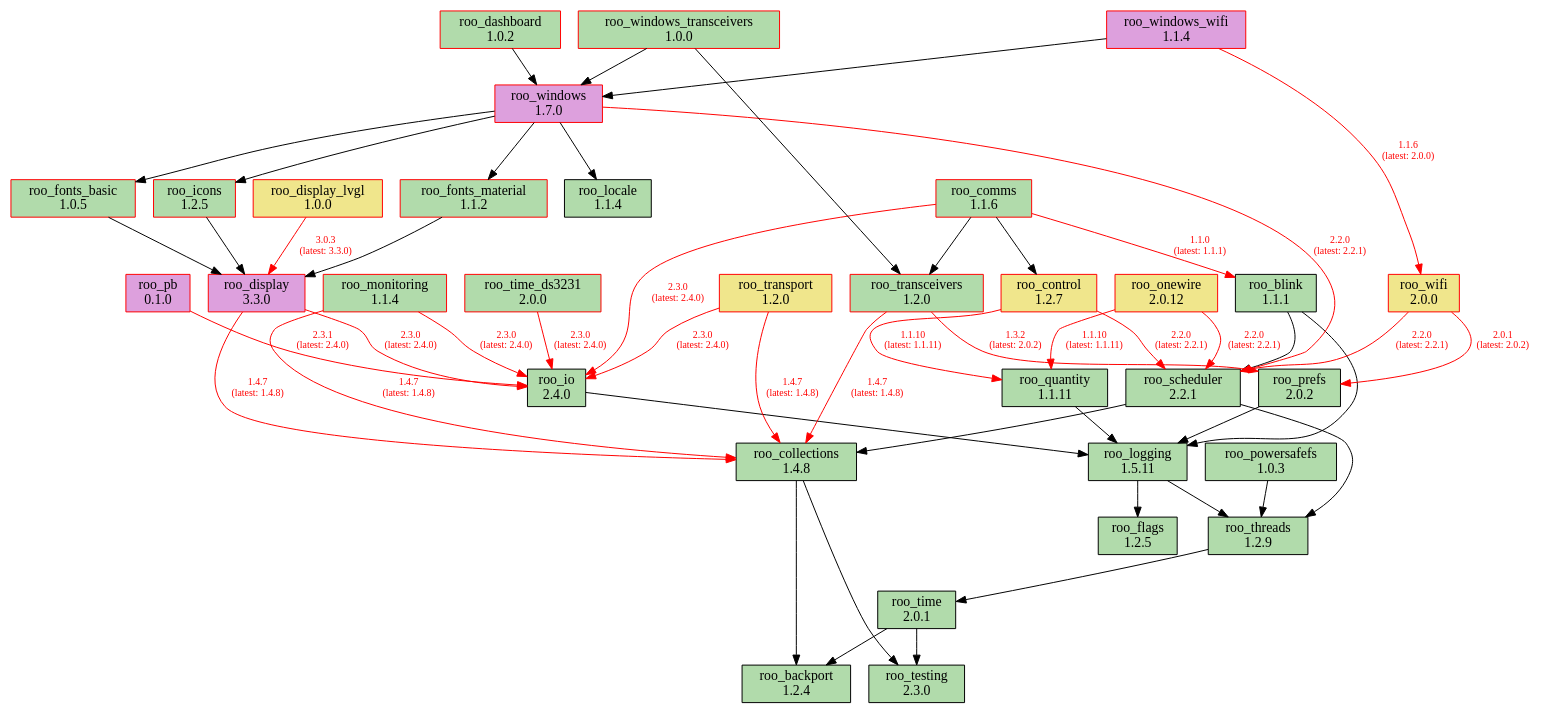
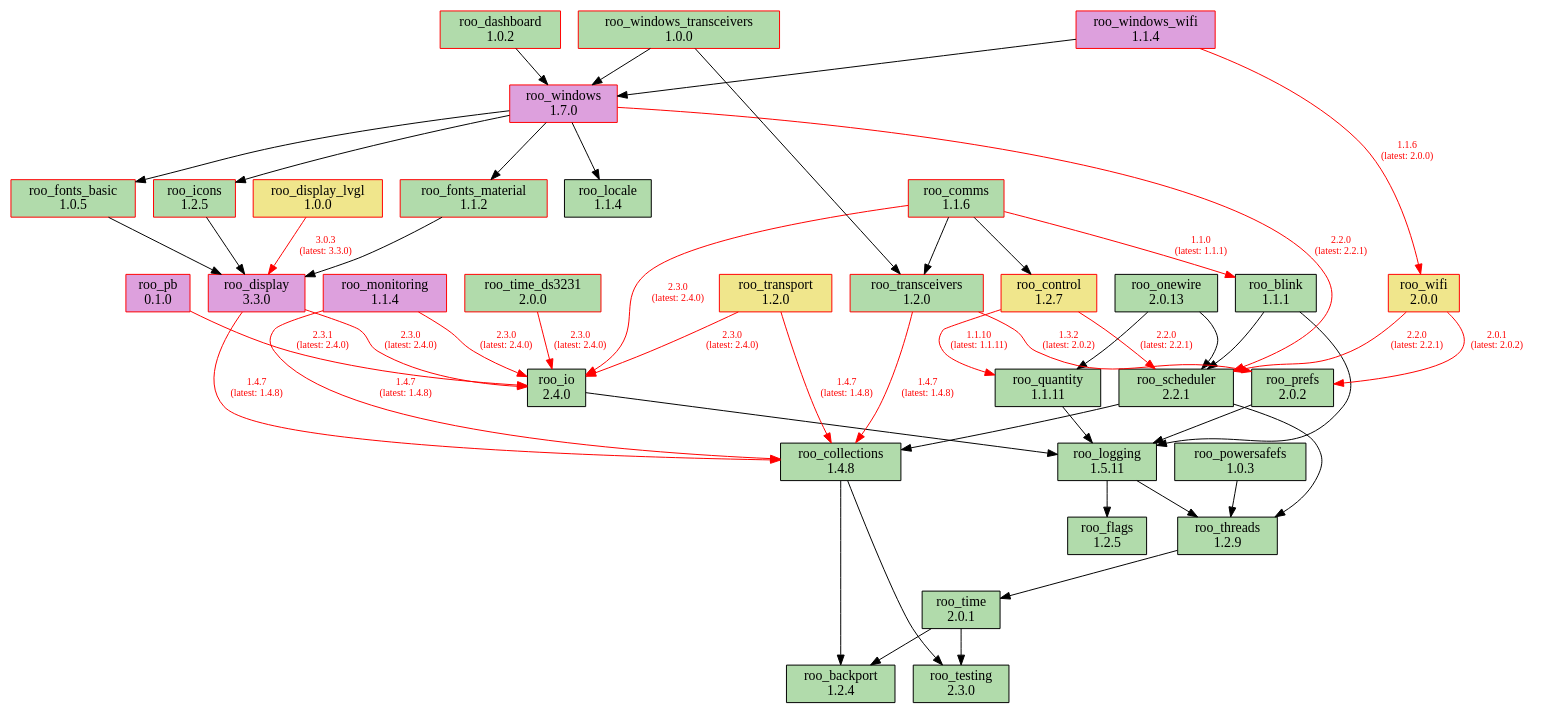
Before and after one commit to dejwk/roo-registry: the diagram in doc/dependencies.dot, drawn with Graphviz. The commit also changed 3 other files, not shown here.

Commit message:
Added roo_onewire 2.0.13 to the registry.

```diff
--- a/doc/dependencies.dot
+++ b/doc/dependencies.dot
@@ -1,90 +1,90 @@
 digraph dependencies {
     rankdir=TB;
     node [shape=box, style=filled];
     edge [fontsize=10];
 
     // Modules
     "roo_backport" [label="roo_backport\n1.2.4", fillcolor="#b1dbab", color="black"];
     "roo_blink" [label="roo_blink\n1.1.1", fillcolor="#b1dbab", color="black"];
     "roo_collections" [label="roo_collections\n1.4.8", fillcolor="#b1dbab", color="black"];
     "roo_comms" [label="roo_comms\n1.1.6", fillcolor="#b1dbab", color="red"];
     "roo_control" [label="roo_control\n1.2.7", fillcolor="khaki", color="red"];
     "roo_dashboard" [label="roo_dashboard\n1.0.2", fillcolor="#b1dbab", color="red"];
     "roo_display" [label="roo_display\n3.3.0", fillcolor="plum", color="red"];
     "roo_display_lvgl" [label="roo_display_lvgl\n1.0.0", fillcolor="khaki", color="red"];
     "roo_flags" [label="roo_flags\n1.2.5", fillcolor="#b1dbab", color="black"];
     "roo_fonts_basic" [label="roo_fonts_basic\n1.0.5", fillcolor="#b1dbab", color="red"];
     "roo_fonts_material" [label="roo_fonts_material\n1.1.2", fillcolor="#b1dbab", color="red"];
     "roo_icons" [label="roo_icons\n1.2.5", fillcolor="#b1dbab", color="red"];
     "roo_io" [label="roo_io\n2.4.0", fillcolor="#b1dbab", color="black"];
     "roo_locale" [label="roo_locale\n1.1.4", fillcolor="#b1dbab", color="black"];
     "roo_logging" [label="roo_logging\n1.5.11", fillcolor="#b1dbab", color="black"];
-    "roo_monitoring" [label="roo_monitoring\n1.1.4", fillcolor="#b1dbab", color="red"];
-    "roo_onewire" [label="roo_onewire\n2.0.12", fillcolor="khaki", color="red"];
+    "roo_monitoring" [label="roo_monitoring\n1.1.4", fillcolor="plum", color="red"];
+    "roo_onewire" [label="roo_onewire\n2.0.13", fillcolor="#b1dbab", color="black"];
     "roo_pb" [label="roo_pb\n0.1.0", fillcolor="plum", color="red"];
     "roo_powersafefs" [label="roo_powersafefs\n1.0.3", fillcolor="#b1dbab", color="black"];
     "roo_prefs" [label="roo_prefs\n2.0.2", fillcolor="#b1dbab", color="black"];
     "roo_quantity" [label="roo_quantity\n1.1.11", fillcolor="#b1dbab", color="black"];
     "roo_scheduler" [label="roo_scheduler\n2.2.1", fillcolor="#b1dbab", color="black"];
     "roo_testing" [label="roo_testing\n2.3.0", fillcolor="#b1dbab", color="black"];
     "roo_threads" [label="roo_threads\n1.2.9", fillcolor="#b1dbab", color="black"];
     "roo_time" [label="roo_time\n2.0.1", fillcolor="#b1dbab", color="black"];
     "roo_time_ds3231" [label="roo_time_ds3231\n2.0.0", fillcolor="#b1dbab", color="red"];
     "roo_transceivers" [label="roo_transceivers\n1.2.0", fillcolor="#b1dbab", color="red"];
     "roo_transport" [label="roo_transport\n1.2.0", fillcolor="khaki", color="red"];
     "roo_wifi" [label="roo_wifi\n2.0.0", fillcolor="khaki", color="red"];
     "roo_windows" [label="roo_windows\n1.7.0", fillcolor="plum", color="red"];
     "roo_windows_transceivers" [label="roo_windows_transceivers\n1.0.0", fillcolor="#b1dbab", color="red"];
     "roo_windows_wifi" [label="roo_windows_wifi\n1.1.4", fillcolor="plum", color="red"];
 
     // Dependencies
     "roo_blink" -> "roo_logging";
     "roo_blink" -> "roo_scheduler";
     "roo_collections" -> "roo_testing";
     "roo_collections" -> "roo_backport";
     "roo_comms" -> "roo_blink" [color=red, fontcolor=red, label="1.1.0\n(latest: 1.1.1)"];
     "roo_comms" -> "roo_control";
     "roo_comms" -> "roo_io" [color=red, fontcolor=red, label="2.3.0\n(latest: 2.4.0)"];
     "roo_comms" -> "roo_transceivers";
     "roo_control" -> "roo_quantity" [color=red, fontcolor=red, label="1.1.10\n(latest: 1.1.11)"];
     "roo_control" -> "roo_scheduler" [color=red, fontcolor=red, label="2.2.0\n(latest: 2.2.1)"];
     "roo_dashboard" -> "roo_windows";
     "roo_display" -> "roo_collections" [color=red, fontcolor=red, label="1.4.7\n(latest: 1.4.8)"];
     "roo_display" -> "roo_io" [color=red, fontcolor=red, label="2.3.0\n(latest: 2.4.0)"];
     "roo_display_lvgl" -> "roo_display" [color=red, fontcolor=red, label="3.0.3\n(latest: 3.3.0)"];
     "roo_fonts_basic" -> "roo_display";
     "roo_fonts_material" -> "roo_display";
     "roo_icons" -> "roo_display";
     "roo_io" -> "roo_logging";
     "roo_logging" -> "roo_flags";
     "roo_logging" -> "roo_threads";
     "roo_monitoring" -> "roo_collections" [color=red, fontcolor=red, label="1.4.7\n(latest: 1.4.8)"];
     "roo_monitoring" -> "roo_io" [color=red, fontcolor=red, label="2.3.0\n(latest: 2.4.0)"];
-    "roo_onewire" -> "roo_scheduler" [color=red, fontcolor=red, label="2.2.0\n(latest: 2.2.1)"];
-    "roo_onewire" -> "roo_quantity" [color=red, fontcolor=red, label="1.1.10\n(latest: 1.1.11)"];
+    "roo_onewire" -> "roo_scheduler";
+    "roo_onewire" -> "roo_quantity";
     "roo_pb" -> "roo_io" [color=red, fontcolor=red, label="2.3.1\n(latest: 2.4.0)"];
     "roo_powersafefs" -> "roo_threads";
     "roo_prefs" -> "roo_logging";
     "roo_quantity" -> "roo_logging";
     "roo_scheduler" -> "roo_collections";
     "roo_scheduler" -> "roo_threads";
     "roo_threads" -> "roo_time";
     "roo_time" -> "roo_testing";
     "roo_time" -> "roo_backport";
     "roo_time_ds3231" -> "roo_io" [color=red, fontcolor=red, label="2.3.0\n(latest: 2.4.0)"];
     "roo_transceivers" -> "roo_collections" [color=red, fontcolor=red, label="1.4.7\n(latest: 1.4.8)"];
     "roo_transceivers" -> "roo_prefs" [color=red, fontcolor=red, label="1.3.2\n(latest: 2.0.2)"];
     "roo_transport" -> "roo_collections" [color=red, fontcolor=red, label="1.4.7\n(latest: 1.4.8)"];
     "roo_transport" -> "roo_io" [color=red, fontcolor=red, label="2.3.0\n(latest: 2.4.0)"];
     "roo_wifi" -> "roo_prefs" [color=red, fontcolor=red, label="2.0.1\n(latest: 2.0.2)"];
     "roo_wifi" -> "roo_scheduler" [color=red, fontcolor=red, label="2.2.0\n(latest: 2.2.1)"];
     "roo_windows" -> "roo_fonts_basic";
     "roo_windows" -> "roo_fonts_material";
     "roo_windows" -> "roo_locale";
     "roo_windows" -> "roo_icons";
     "roo_windows" -> "roo_scheduler" [color=red, fontcolor=red, label="2.2.0\n(latest: 2.2.1)"];
     "roo_windows_transceivers" -> "roo_transceivers";
     "roo_windows_transceivers" -> "roo_windows";
     "roo_windows_wifi" -> "roo_wifi" [color=red, fontcolor=red, label="1.1.6\n(latest: 2.0.0)"];
     "roo_windows_wifi" -> "roo_windows";
 }
```
